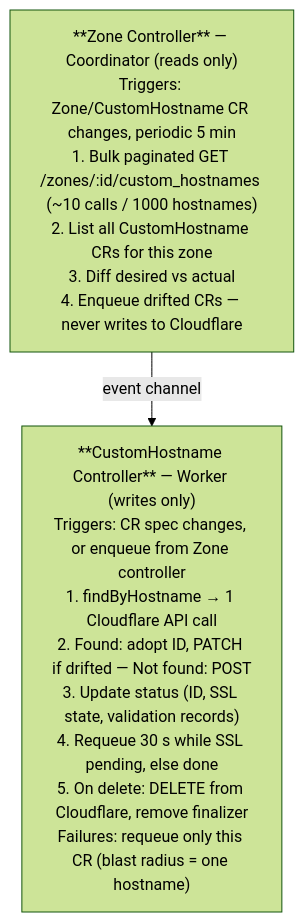
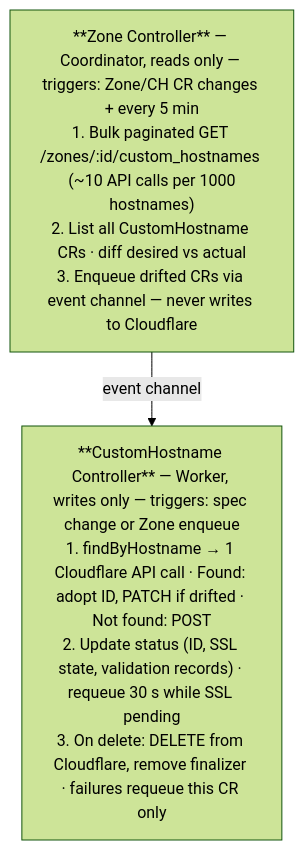
One commit to mrozentsvayg/cf-edge-operator changed the diagram in docs/architecture.md. Above: the diagram before and after it, drawn with Mermaid (forest theme).

Commit message:
docs: widen Mermaid diagram by merging trigger into title line

````diff
--- a/docs/architecture.md
+++ b/docs/architecture.md
@@ -19,6 +19,6 @@
 ```mermaid
 flowchart TD
-    ZC["**Zone Controller** — Coordinator (reads only)<br/>Triggers: Zone/CustomHostname CR changes, periodic 5 min<br/>1. Bulk paginated GET /zones/:id/custom_hostnames (~10 calls / 1000 hostnames)<br/>2. List all CustomHostname CRs for this zone<br/>3. Diff desired vs actual<br/>4. Enqueue drifted CRs — never writes to Cloudflare"]
-    CHC["**CustomHostname Controller** — Worker (writes only)<br/>Triggers: CR spec changes, or enqueue from Zone controller<br/>1. findByHostname → 1 Cloudflare API call<br/>2. Found: adopt ID, PATCH if drifted — Not found: POST<br/>3. Update status (ID, SSL state, validation records)<br/>4. Requeue 30 s while SSL pending, else done<br/>5. On delete: DELETE from Cloudflare, remove finalizer<br/>Failures: requeue only this CR (blast radius = one hostname)"]
+    ZC["**Zone Controller** — Coordinator, reads only — triggers: Zone/CH CR changes + every 5 min<br/>1. Bulk paginated GET /zones/:id/custom_hostnames  (~10 API calls per 1000 hostnames)<br/>2. List all CustomHostname CRs · diff desired vs actual<br/>3. Enqueue drifted CRs via event channel — never writes to Cloudflare"]
+    CHC["**CustomHostname Controller** — Worker, writes only — triggers: spec change or Zone enqueue<br/>1. findByHostname → 1 Cloudflare API call · Found: adopt ID, PATCH if drifted · Not found: POST<br/>2. Update status (ID, SSL state, validation records) · requeue 30 s while SSL pending<br/>3. On delete: DELETE from Cloudflare, remove finalizer · failures requeue this CR only"]
     ZC -->|"event channel"| CHC
 ```
````
